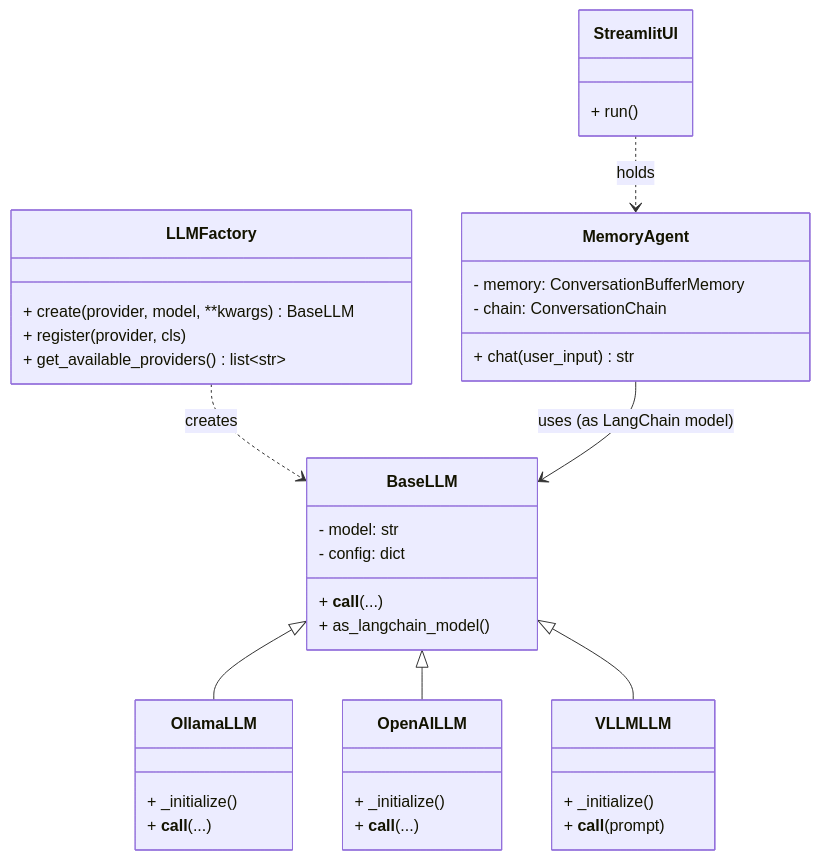
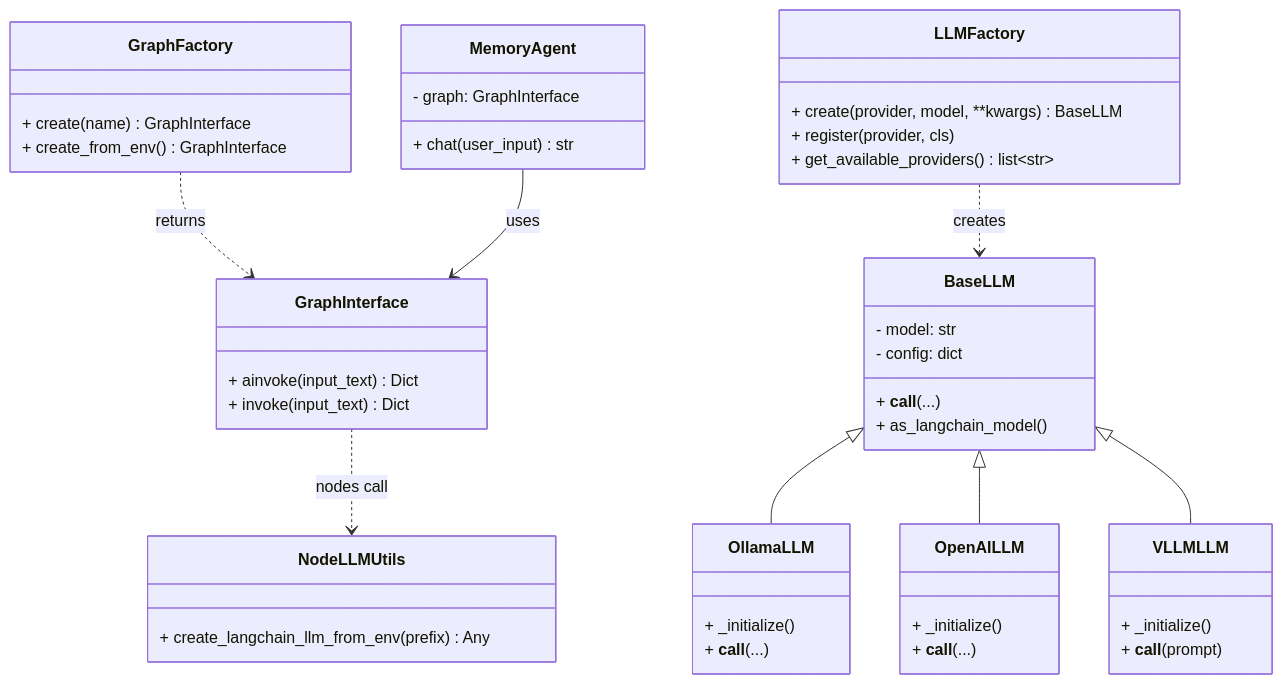
Before and after one commit to tanminkwan/agent-with-mcp: the second of 2 diagrams in README.md, drawn with Mermaid. The commit also changed other lines of this file and 11 other files, not shown here.

Commit message:
feat: graph-driven agent; nodes, graph interface/factory; async MCP tools; README

````diff
--- a/README.md
+++ b/README.md
@@ -245,47 +256,58 @@
 ```mermaid
 classDiagram
+    class GraphInterface {
+      + ainvoke(input_text) Dict
+      + invoke(input_text) Dict
+    }
+
+    class GraphFactory {
+      + create(name) GraphInterface
+      + create_from_env() GraphInterface
+    }
+
+    class MemoryAgent {
+      - graph: GraphInterface
+      + chat(user_input) str
+    }
+
+    class NodeLLMUtils {
+      + create_langchain_llm_from_env(prefix) Any
+    }
+
+    GraphFactory ..> GraphInterface : returns
+    MemoryAgent --> GraphInterface : uses
+    GraphInterface ..> NodeLLMUtils : nodes call
+
+    %% LLM 계층 (변경 없음)
     class BaseLLM {
       - model: str
       - config: dict
       + __call__(...)
       + as_langchain_model()
     }
 
     class OllamaLLM {
       + _initialize()
       + __call__(...)
     }
     BaseLLM <|-- OllamaLLM
 
     class OpenAILLM {
       + _initialize()
       + __call__(...)
     }
     BaseLLM <|-- OpenAILLM
 
     class VLLMLLM {
       + _initialize()
       + __call__(prompt)
     }
     BaseLLM <|-- VLLMLLM
 
     class LLMFactory {
       + create(provider, model, **kwargs) BaseLLM
       + register(provider, cls)
       + get_available_providers() list~str~
     }
-
-    class MemoryAgent {
-      - memory: ConversationBufferMemory
-      - chain: ConversationChain
-      + chat(user_input) str
-    }
-
-    class StreamlitUI {
-      + run()
-    }
-
     LLMFactory ..> BaseLLM : creates
-    MemoryAgent --> BaseLLM : uses (as LangChain model)
-    StreamlitUI ..> MemoryAgent : holds
 ```
````
